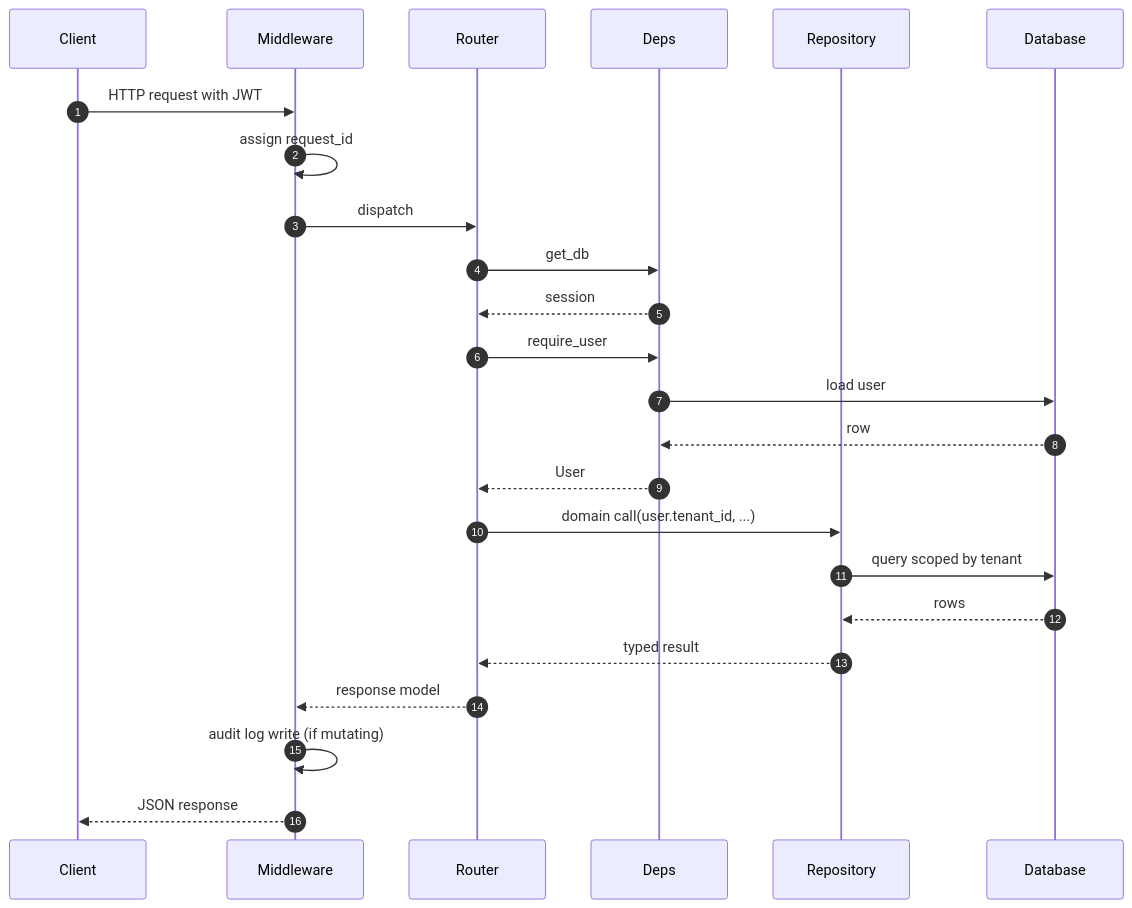
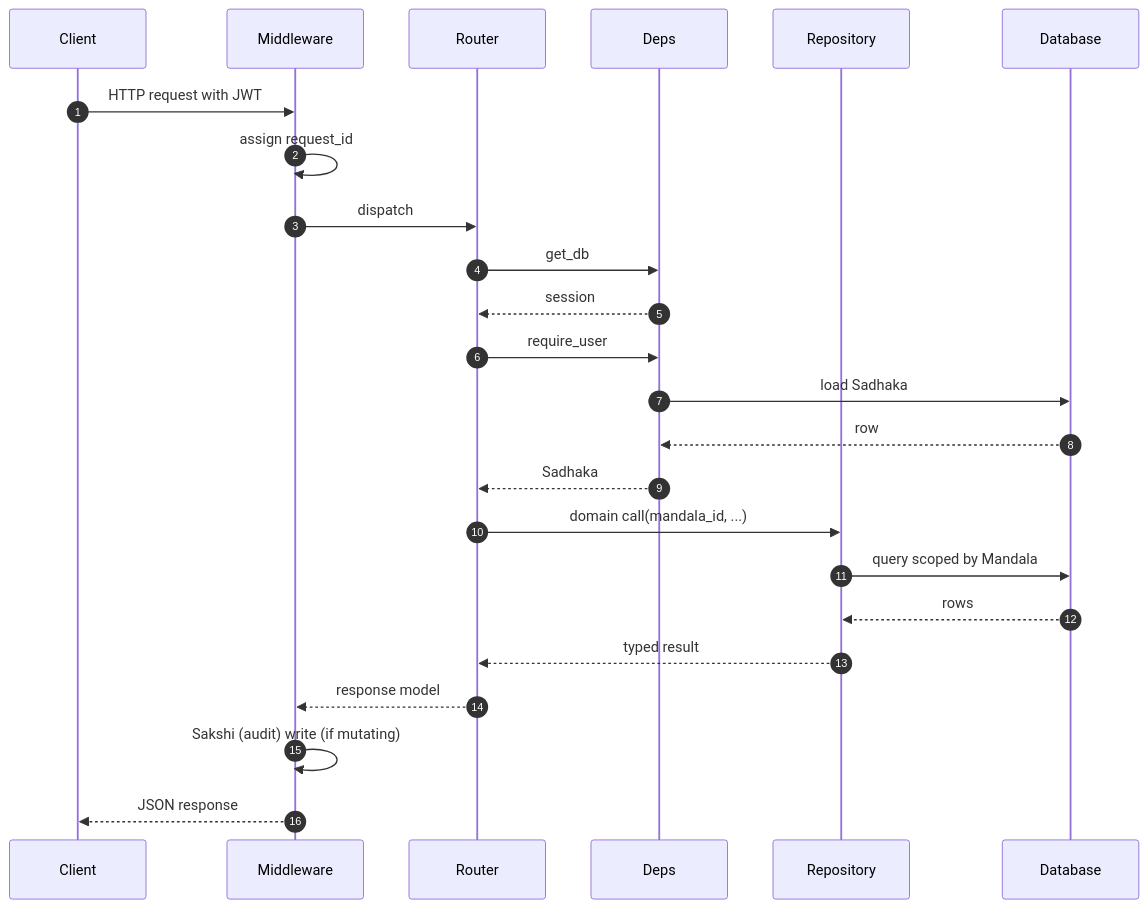
One commit to so-weak/Aakaar changed the third of 5 diagrams in documentation/src/03-Backend-Architecture.md. Above: the diagram before and after it, drawn with Mermaid. The commit also changed other lines of this file and 56 other files, not shown here.

````diff
--- a/documentation/src/03-Backend-Architecture.md
+++ b/documentation/src/03-Backend-Architecture.md
@@ -146,27 +147,27 @@
 ```mermaid
 sequenceDiagram
   autonumber
   participant C as Client
   participant MW as Middleware
   participant R as Router
   participant D as Deps
   participant Q as Repository
   participant DB as Database
 
   C->>MW: HTTP request with JWT
   MW->>MW: assign request_id
   MW->>R: dispatch
   R->>D: get_db
   D-->>R: session
   R->>D: require_user
-  D->>DB: load user
+  D->>DB: load Sadhaka
   DB-->>D: row
-  D-->>R: User
-  R->>Q: domain call(user.tenant_id, ...)
-  Q->>DB: query scoped by tenant
+  D-->>R: Sadhaka
+  R->>Q: domain call(mandala_id, ...)
+  Q->>DB: query scoped by Mandala
   DB-->>Q: rows
   Q-->>R: typed result
   R-->>MW: response model
-  MW->>MW: audit log write (if mutating)
+  MW->>MW: Sakshi (audit) write (if mutating)
   MW-->>C: JSON response
 ```
````
